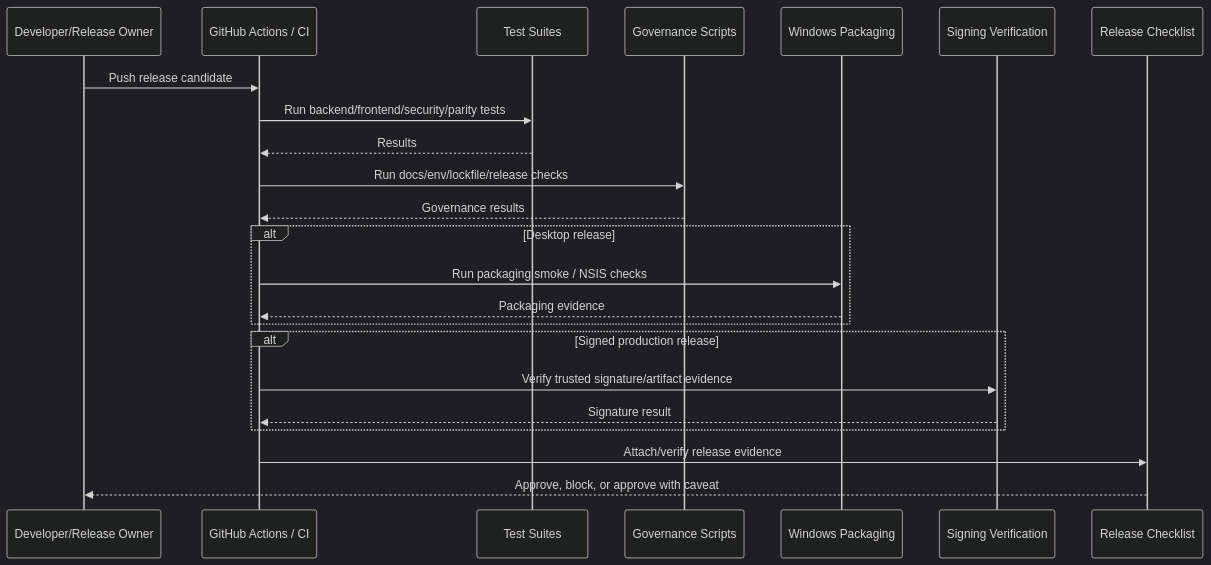
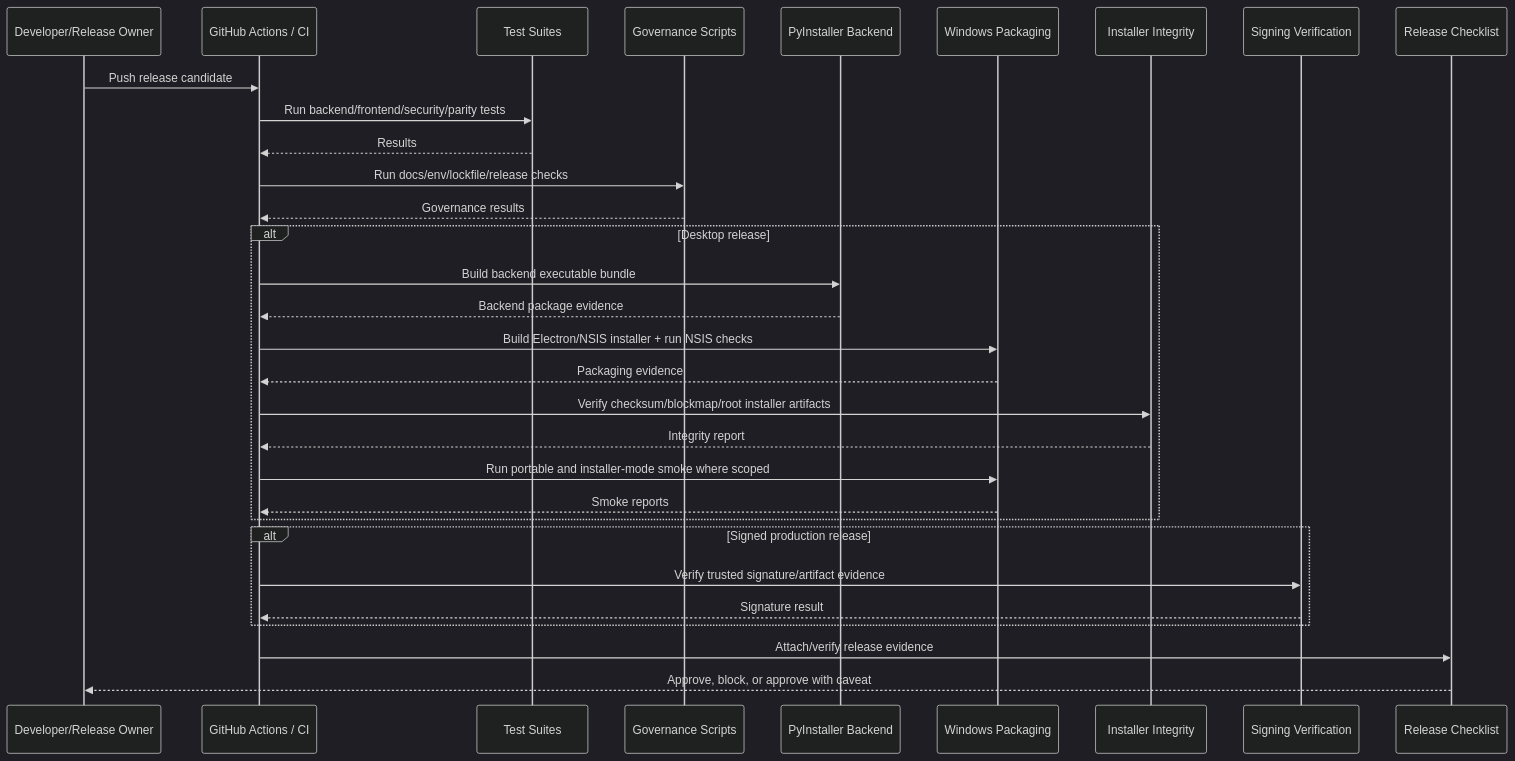
One commit to kherrera6219/DataLogicEngine changed the ninth of 10 diagrams in docs/SEQUENCE_DIAGRAMS.md. Above: the diagram before and after it, drawn with Mermaid (dark theme). The commit also changed other lines of this file and 69 other files, not shown here.

````diff
--- a/docs/SEQUENCE_DIAGRAMS.md
+++ b/docs/SEQUENCE_DIAGRAMS.md
@@ -284,26 +284,34 @@
 ```mermaid
 sequenceDiagram
     participant Dev as Developer/Release Owner
     participant CI as GitHub Actions / CI
     participant Tests as Test Suites
     participant Gov as Governance Scripts
+    participant Backend as PyInstaller Backend
     participant Pkg as Windows Packaging
+    participant Integrity as Installer Integrity
     participant Sign as Signing Verification
     participant Checklist as Release Checklist
 
     Dev->>CI: Push release candidate
     CI->>Tests: Run backend/frontend/security/parity tests
     Tests-->>CI: Results
     CI->>Gov: Run docs/env/lockfile/release checks
     Gov-->>CI: Governance results
     alt Desktop release
-        CI->>Pkg: Run packaging smoke / NSIS checks
+        CI->>Backend: Build backend executable bundle
+        Backend-->>CI: Backend package evidence
+        CI->>Pkg: Build Electron/NSIS installer + run NSIS checks
         Pkg-->>CI: Packaging evidence
+        CI->>Integrity: Verify checksum/blockmap/root installer artifacts
+        Integrity-->>CI: Integrity report
+        CI->>Pkg: Run portable and installer-mode smoke where scoped
+        Pkg-->>CI: Smoke reports
     end
     alt Signed production release
         CI->>Sign: Verify trusted signature/artifact evidence
         Sign-->>CI: Signature result
     end
     CI->>Checklist: Attach/verify release evidence
     Checklist-->>Dev: Approve, block, or approve with caveat
 ```
````
